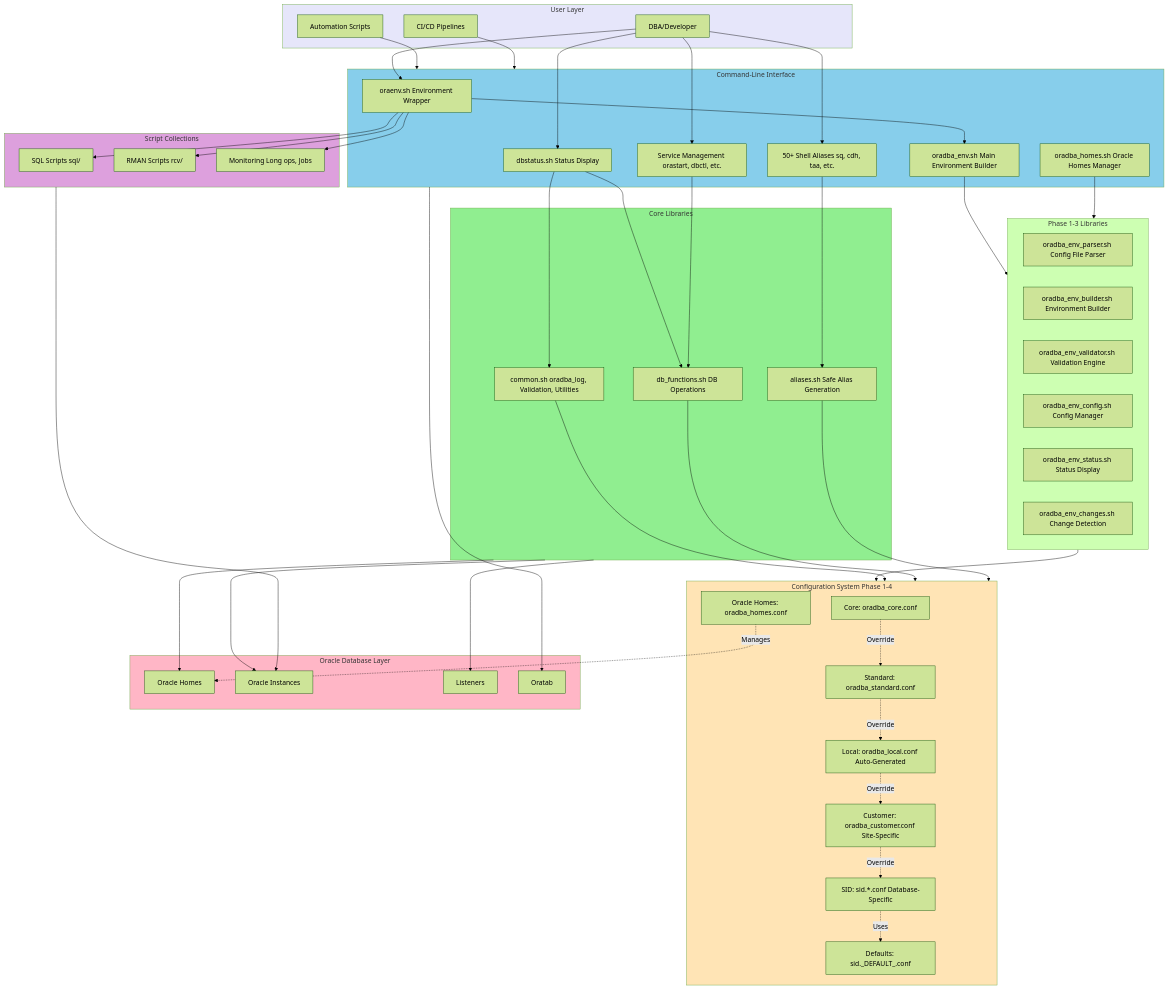
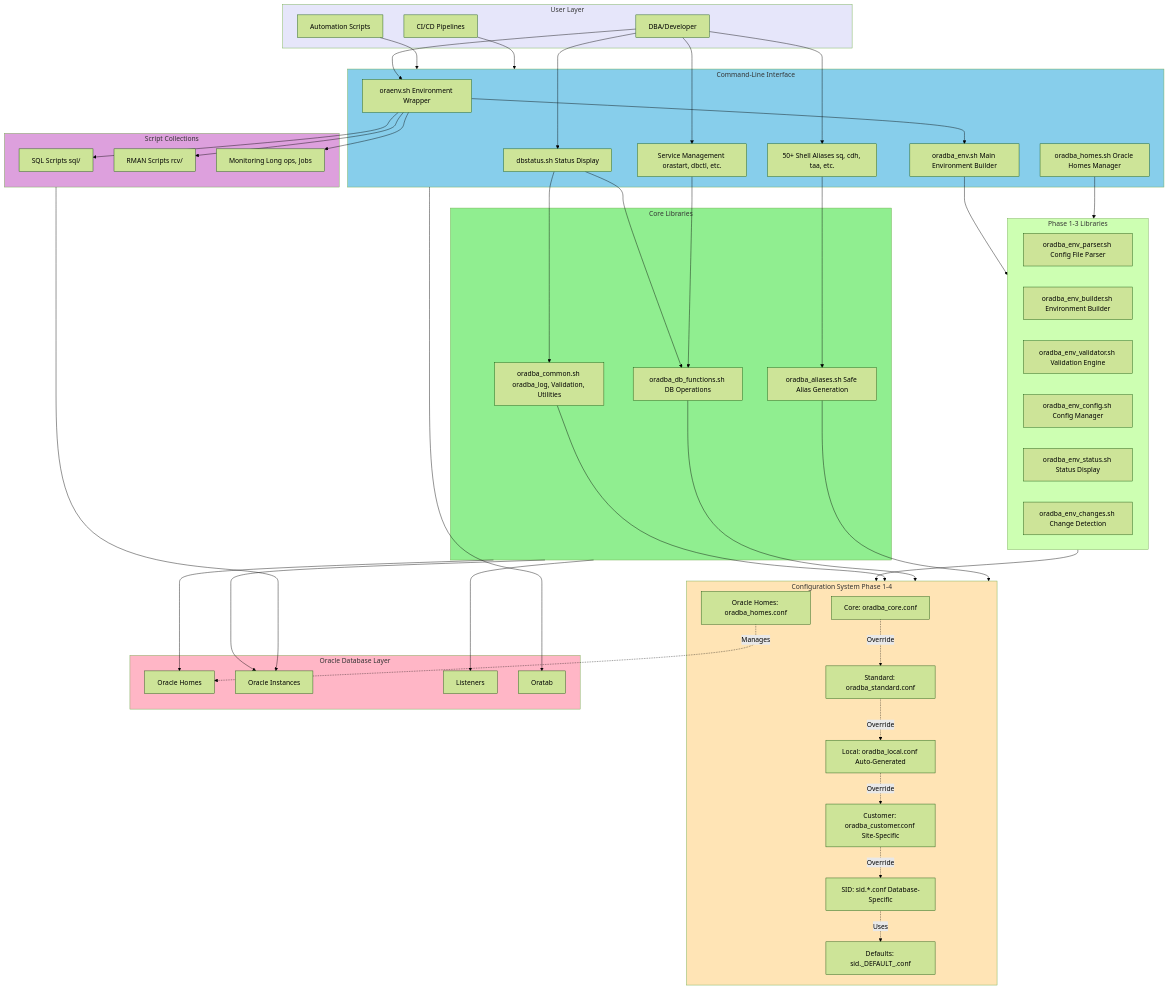
Before and after one commit to oehrlis/oradba: the sixth of 13 diagrams in doc/images/source/diagrams-mermaid.md, drawn with Mermaid (forest theme). The commit also changed other lines of this file and 35 other files, not shown here.

```diff
--- a/doc/images/source/diagrams-mermaid.md
+++ b/doc/images/source/diagrams-mermaid.md
@@ -316,9 +316,9 @@
     end
     
     subgraph Core["Core Libraries"]
-        L1[common.sh oradba_log, Validation, Utilities]
-        L2[db_functions.sh DB Operations]
-        L3[aliases.sh Safe Alias Generation]
+        L1[oradba_common.sh oradba_log, Validation, Utilities]
+        L2[oradba_db_functions.sh DB Operations]
+        L3[oradba_aliases.sh Safe Alias Generation]
     end
     
     subgraph Phase1_3["Phase 1-3 Libraries"]
```
